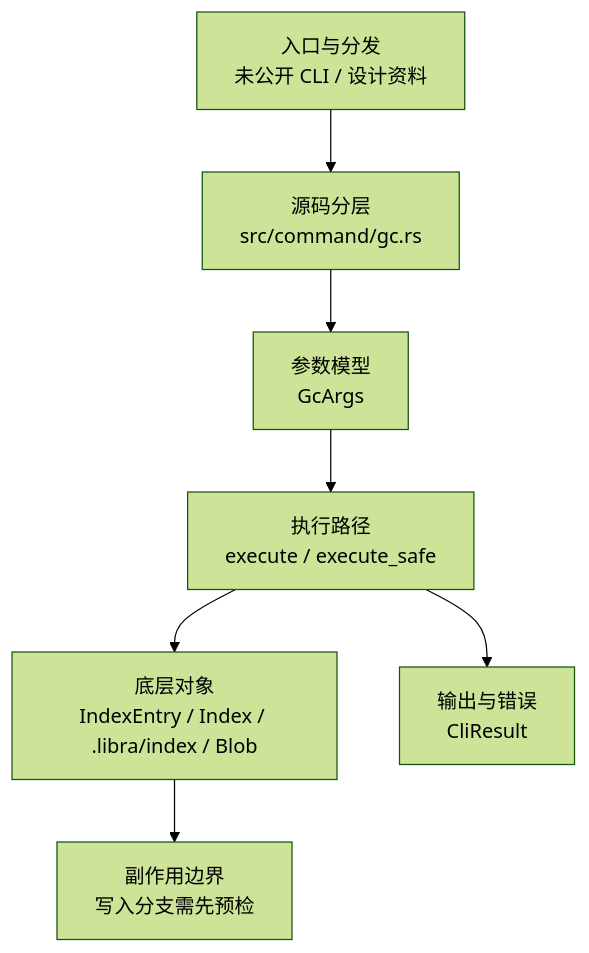
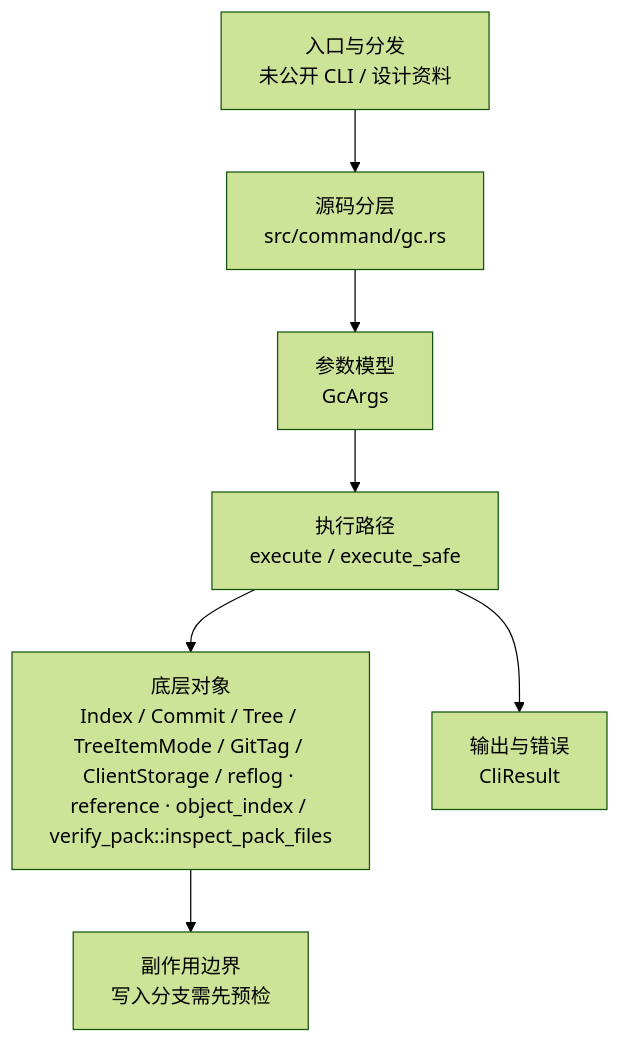
Before and after one commit to web3infra-foundation/libra: the diagram in docs/development/commands/gc.md, drawn with Mermaid (forest theme). The commit also changed other lines of this file and 65 other files, not shown here.

````diff
--- a/docs/development/commands/gc.md
+++ b/docs/development/commands/gc.md
@@ -22,9 +22,9 @@
 ```mermaid
 flowchart TD
     A["入口与分发<br/>未公开 CLI / 设计资料"] --> B["源码分层<br/>src/command/gc.rs"]
     B --> C["参数模型<br/>GcArgs"]
     C --> D["执行路径<br/>execute / execute_safe"]
-    D --> E["底层对象<br/>IndexEntry / Index / .libra/index / Blob"]
+    D --> E["底层对象<br/>Index / Commit / Tree / TreeItemMode / GitTag / ClientStorage / reflog · reference · object_index / verify_pack::inspect_pack_files"]
     D --> F["输出与错误<br/>CliResult"]
     E --> G["副作用边界<br/>写入分支需先预检"]
 ```
````
